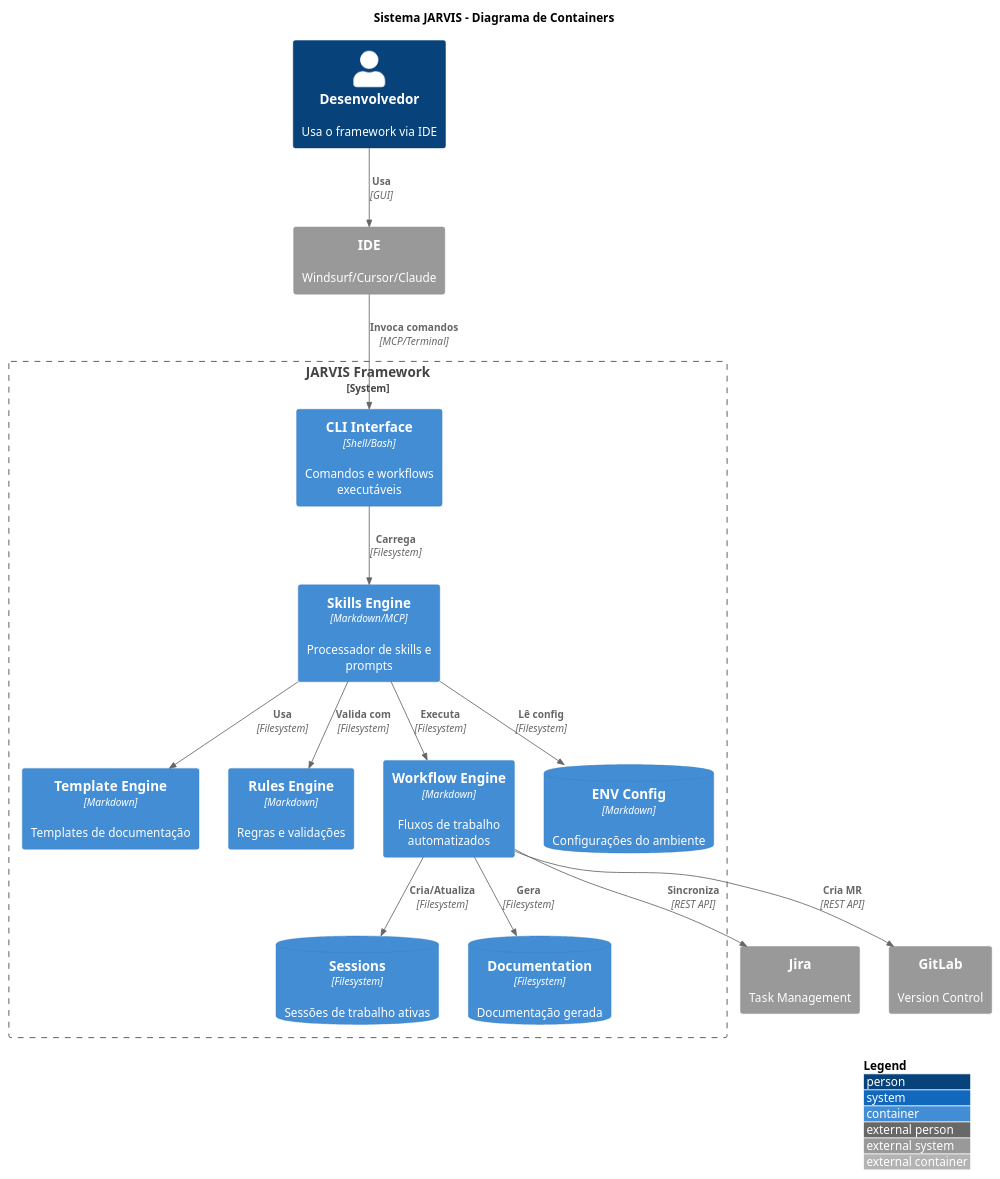
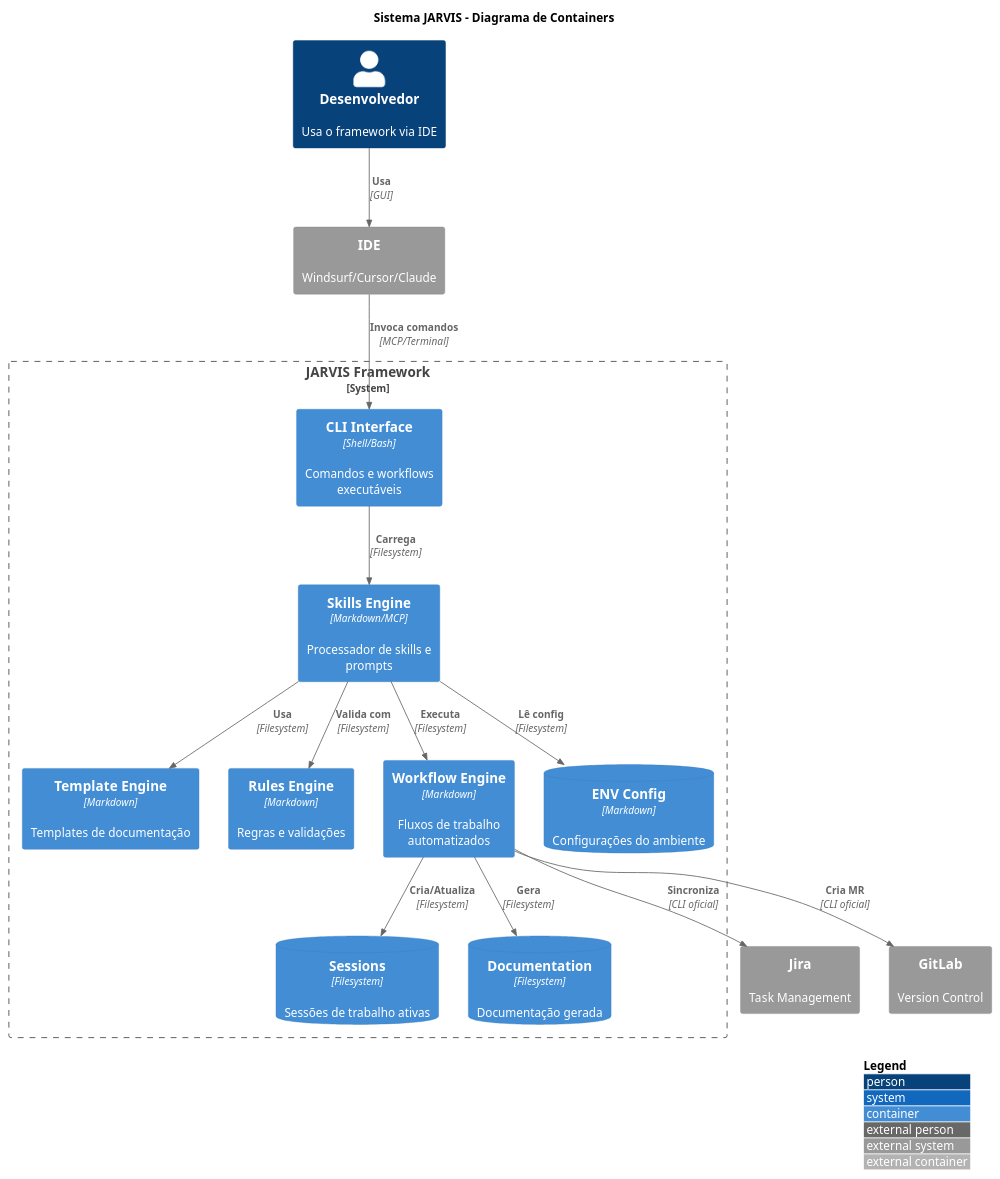
The diagram in skills/eng-backend-arch-c4/assets/example-container.md (phelipperibeiro/jarvis-framework), drawn with PlantUML before and after one commit. The commit also changed other lines of this file and 75 other files, not shown here.

````diff
--- a/skills/eng-backend-arch-c4/assets/example-container.md
+++ b/skills/eng-backend-arch-c4/assets/example-container.md
@@ -9,55 +9,55 @@
 ```plantuml
 @startuml C4_Container
 !include https://raw.githubusercontent.com/plantuml-stdlib/C4-PlantUML/master/C4_Container.puml
 
 LAYOUT_TOP_DOWN()
 LAYOUT_WITH_LEGEND()
 
 title Sistema JARVIS - Diagrama de Containers
 
 ' === PERSONAS ===
 Person(dev, "Desenvolvedor", "Usa o framework via IDE")
 
 ' === SISTEMA PRINCIPAL ===
 System_Boundary(jarvis, "JARVIS Framework") {
 
     ' === CLI/INTERFACE ===
     Container(cli, "CLI Interface", "Shell/Bash", "Comandos e workflows executáveis")
     Container(skills, "Skills Engine", "Markdown/MCP", "Processador de skills e prompts")
     
     ' === CORE ===
     Container(templates, "Template Engine", "Markdown", "Templates de documentação")
     Container(rules, "Rules Engine", "Markdown", "Regras e validações")
     Container(workflows, "Workflow Engine", "Markdown", "Fluxos de trabalho automatizados")
     
     ' === DADOS ===
     ContainerDb(sessions, "Sessions", "Filesystem", "Sessões de trabalho ativas")
     ContainerDb(docs, "Documentation", "Filesystem", "Documentação gerada")
     ContainerDb(env, "ENV Config", "Markdown", "Configurações do ambiente")
 }
 
 ' === SISTEMAS EXTERNOS ===
 System_Ext(ide, "IDE", "Windsurf/Cursor/Claude")
 System_Ext(jira, "Jira", "Task Management")
 System_Ext(gitlab, "GitLab", "Version Control")
 
 ' === RELACIONAMENTOS ENTRADA ===
 Rel(dev, ide, "Usa", "GUI")
 Rel(ide, cli, "Invoca comandos", "MCP/Terminal")
 
 ' === RELACIONAMENTOS INTERNOS ===
 Rel(cli, skills, "Carrega", "Filesystem")
 Rel(skills, templates, "Usa", "Filesystem")
 Rel(skills, rules, "Valida com", "Filesystem")
 Rel(skills, workflows, "Executa", "Filesystem")
 Rel(skills, env, "Lê config", "Filesystem")
 
 Rel(workflows, sessions, "Cria/Atualiza", "Filesystem")
 Rel(workflows, docs, "Gera", "Filesystem")
 
 ' === RELACIONAMENTOS EXTERNOS ===
-Rel(workflows, jira, "Sincroniza", "REST API")
-Rel(workflows, gitlab, "Cria MR", "REST API")
+Rel(workflows, jira, "Sincroniza", "CLI oficial")
+Rel(workflows, gitlab, "Cria MR", "CLI oficial")
 
 @enduml
 ```
````
